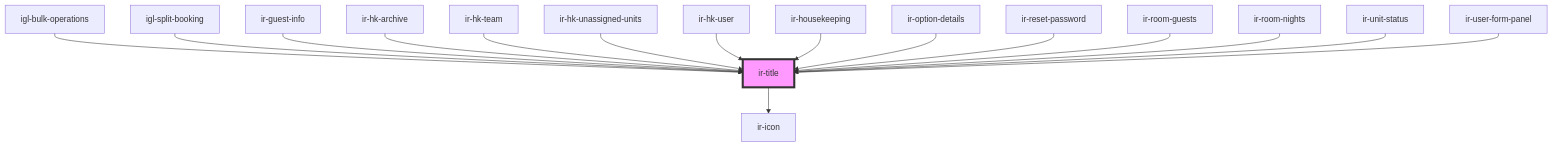
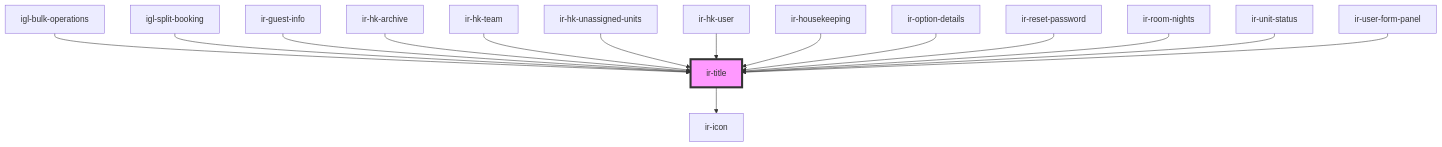
One commit to David1Chowaifaty/modified-ir-webcmp changed the diagram in src/components/ir-title/readme.md. Above: the diagram before and after it, drawn with Mermaid. The commit also changed other lines of this file and 35 other files, not shown here.

First line of the commit message:
Add InvoicableItemType and update InvoicableItemSchema for type safety

````diff
--- a/src/components/ir-title/readme.md
+++ b/src/components/ir-title/readme.md
@@ -49,19 +48,18 @@
 ```mermaid
 graph TD;
   ir-title --> ir-icon
   igl-bulk-operations --> ir-title
   igl-split-booking --> ir-title
   ir-guest-info --> ir-title
   ir-hk-archive --> ir-title
   ir-hk-team --> ir-title
   ir-hk-unassigned-units --> ir-title
   ir-hk-user --> ir-title
   ir-housekeeping --> ir-title
   ir-option-details --> ir-title
   ir-reset-password --> ir-title
-  ir-room-guests --> ir-title
   ir-room-nights --> ir-title
   ir-unit-status --> ir-title
   ir-user-form-panel --> ir-title
   style ir-title fill:#f9f,stroke:#333,stroke-width:4px
 ```
````
